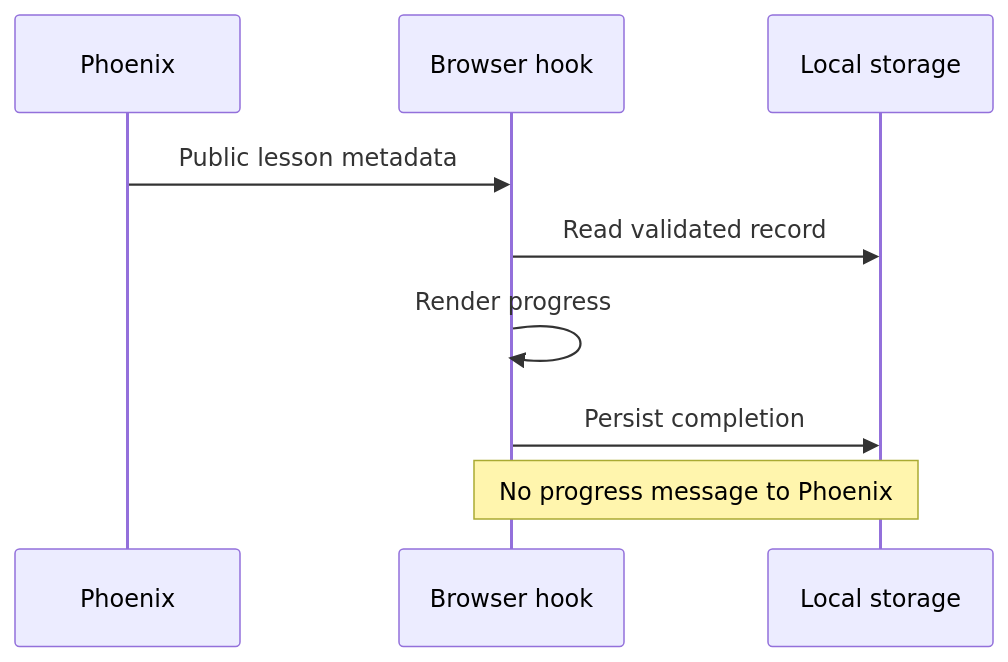
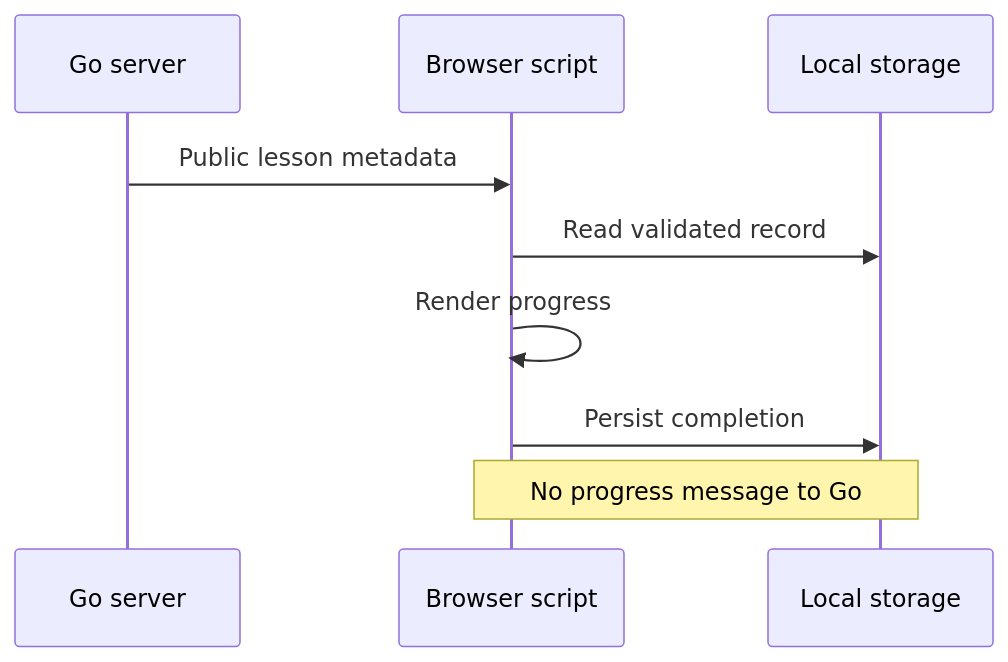
Before and after one commit to wahidyankf/ose-public: the second of 2 diagrams in plans/in-progress/ayokoding-app-web/tech-docs/002-architecture-and-content.md, drawn with Mermaid. The commit also changed other lines of this file and 9 other files, not shown here.

````diff
--- a/plans/in-progress/ayokoding-app-web/tech-docs/002-architecture-and-content.md
+++ b/plans/in-progress/ayokoding-app-web/tech-docs/002-architecture-and-content.md
@@ -150,13 +149,13 @@
 ```mermaid
 sequenceDiagram
   accTitle: Private progress
   accDescr: The server supplies public lesson metadata while completion and persistence remain inside the browser.
-  participant S as Phoenix
-  participant H as Browser hook
+  participant S as Go server
+  participant H as Browser script
   participant L as Local storage
   S->>H: Public lesson metadata
   H->>L: Read validated record
   H->>H: Render progress
   H->>L: Persist completion
-  Note over H,L: No progress message to Phoenix
+  Note over H,L: No progress message to Go
 ```
````
